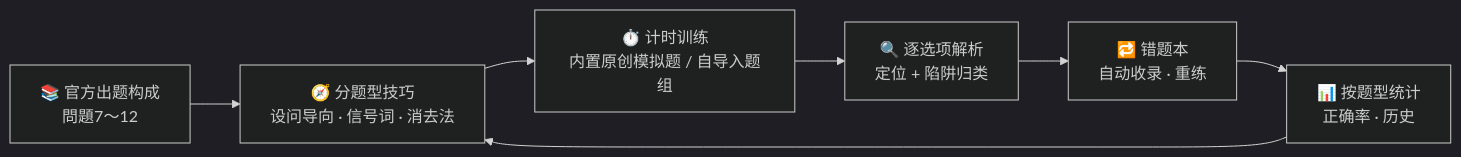
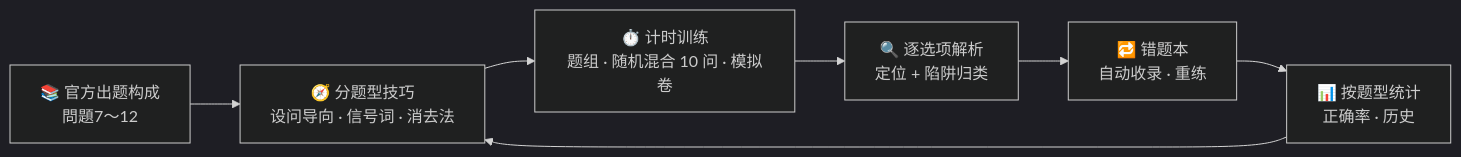
One commit to Mocas-12/jlpt-n1-Yomitaku changed the diagram in README.zh-CN.md. Above: the diagram before and after it, drawn with Mermaid (dark theme). The commit also changed other lines of this file and 7 other files, not shown here.

First line of the commit message:
docs: README 同步模拟卷批次——截图补训练入口与模拟卷两张，训练闭环章节更新

````diff
--- a/README.zh-CN.md
+++ b/README.zh-CN.md
@@ -80,9 +84,9 @@
 ```mermaid
 flowchart LR
     A[📚 官方出题构成<br/>問題7〜12] --> B[🧭 分题型技巧<br/>设问导向 · 信号词 · 消去法]
-    B --> C[⏱️ 计时训练<br/>内置原创模拟题 / 自导入题组]
+    B --> C[⏱️ 计时训练<br/>题组 · 随机混合 10 问 · 模拟卷]
     C --> D[🔍 逐选项解析<br/>定位 + 陷阱归类]
     D --> E[🔁 错题本<br/>自动收录 · 重练]
     E --> F[📊 按题型统计<br/>正确率 · 历史]
     F --> B
 ```
````
